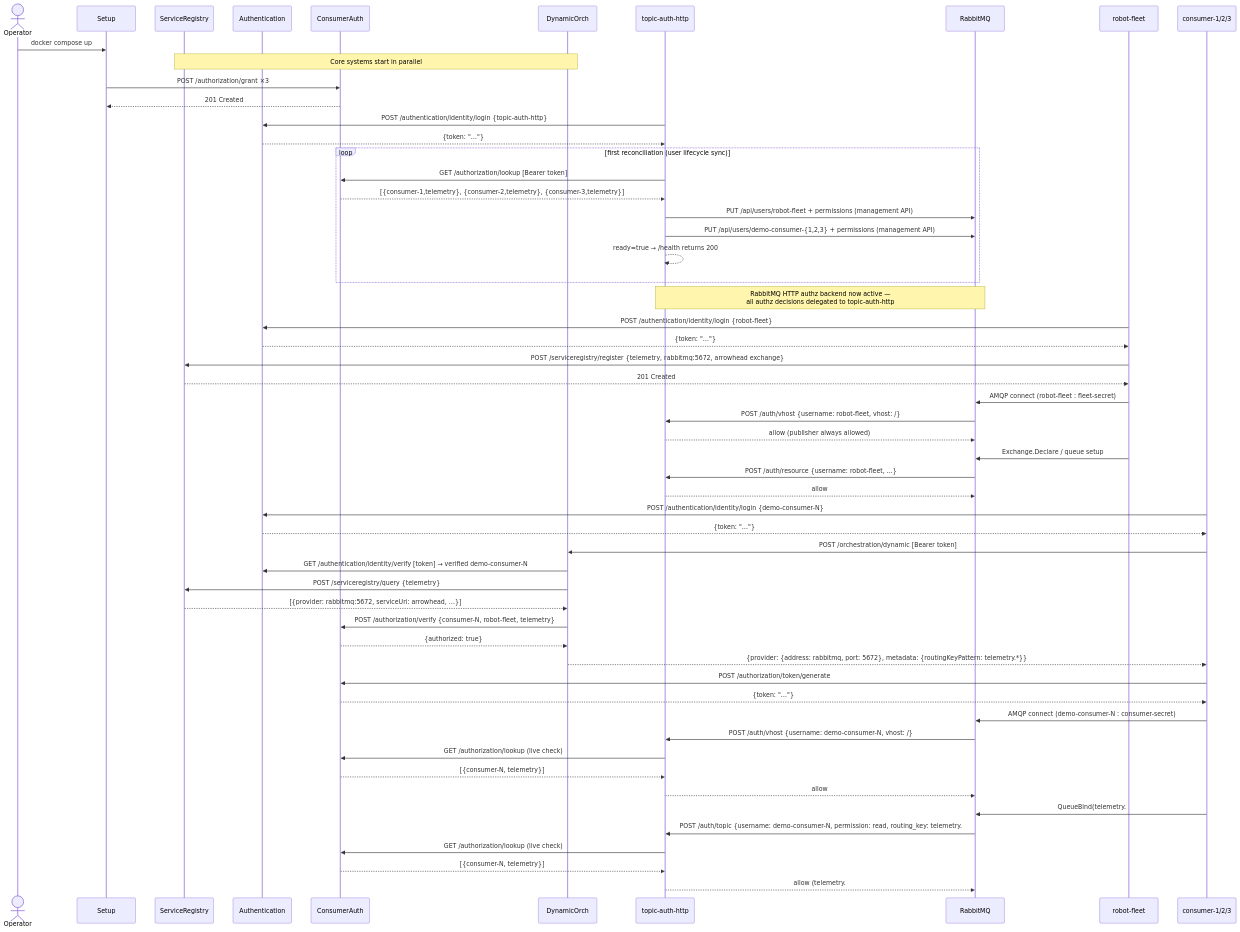
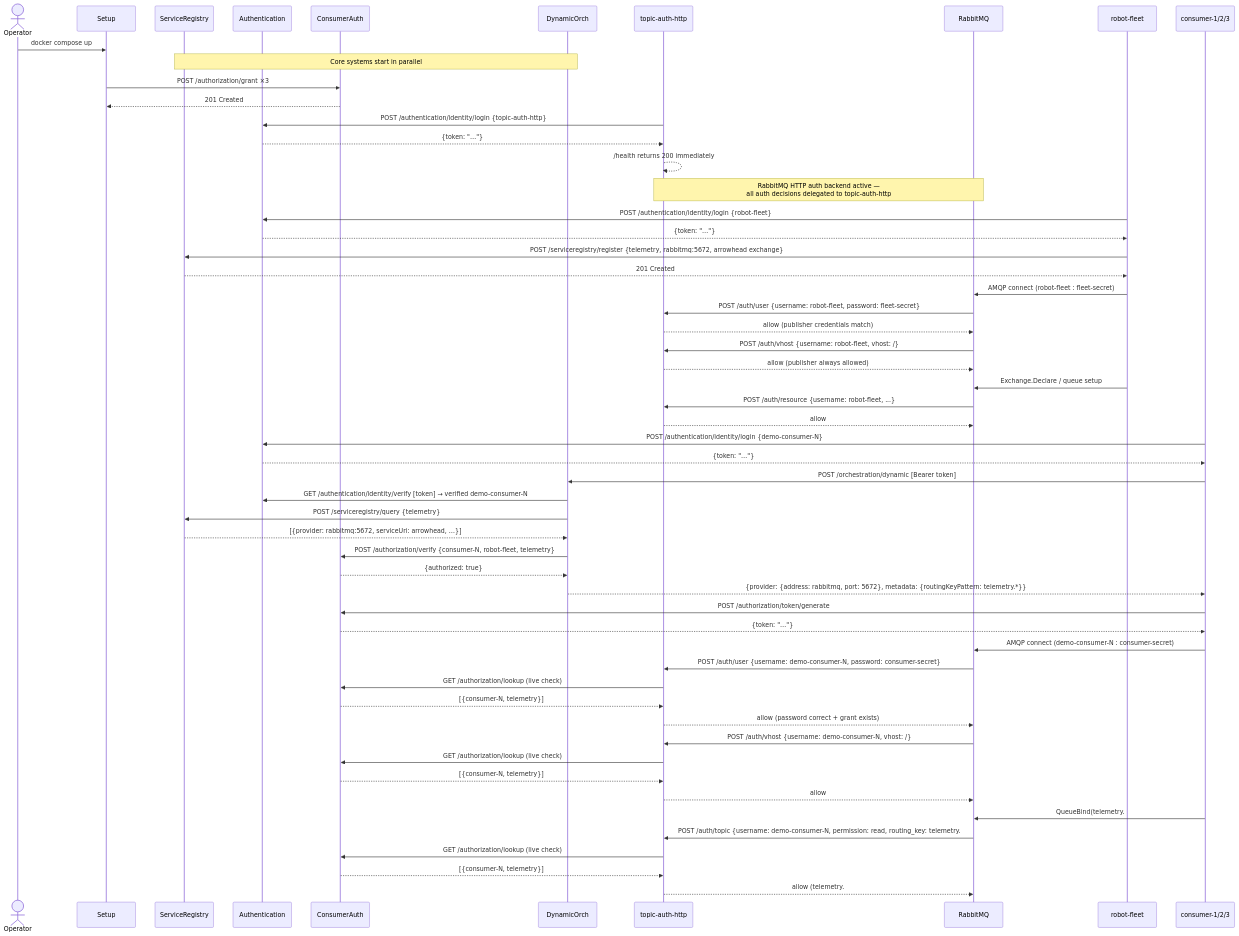
One commit to ulfbod/Arrowhead-experimental-core-systems changed the second of 4 diagrams in experiments/experiment-4/DIAGRAMS.md. Above: the diagram before and after it, drawn with Mermaid. The commit also changed other lines of this file and 1 other file, not shown here.

````diff
--- a/experiments/experiment-4/DIAGRAMS.md
+++ b/experiments/experiment-4/DIAGRAMS.md
@@ -79,66 +80,65 @@
 ```mermaid
 sequenceDiagram
     actor Operator
     participant Setup
     participant SR as ServiceRegistry
     participant Auth as Authentication
     participant CA as ConsumerAuth
     participant DO as DynamicOrch
     participant TAH as topic-auth-http
     participant RMQ as RabbitMQ
     participant RF as robot-fleet
     participant C as consumer-1/2/3
 
     Operator->>Setup: docker compose up
 
     Note over SR,DO: Core systems start in parallel
 
     Setup->>CA: POST /authorization/grant ×3
     CA-->>Setup: 201 Created
 
     TAH->>Auth: POST /authentication/identity/login {topic-auth-http}
     Auth-->>TAH: {token: "…"}
+    TAH-->>TAH: /health returns 200 immediately
 
-    loop first reconciliation (user lifecycle sync)
-        TAH->>CA: GET /authorization/lookup  [Bearer token]
-        CA-->>TAH: [{consumer-1,telemetry}, {consumer-2,telemetry}, {consumer-3,telemetry}]
-        TAH->>RMQ: PUT /api/users/robot-fleet + permissions (management API)
-        TAH->>RMQ: PUT /api/users/demo-consumer-{1,2,3} + permissions (management API)
-        TAH-->>TAH: ready=true → /health returns 200
-    end
-
-    Note over RMQ,TAH: RabbitMQ HTTP authz backend now active —<br/>all authz decisions delegated to topic-auth-http
+    Note over RMQ,TAH: RabbitMQ HTTP auth backend active —<br/>all auth decisions delegated to topic-auth-http
 
     RF->>Auth: POST /authentication/identity/login {robot-fleet}
     Auth-->>RF: {token: "…"}
     RF->>SR: POST /serviceregistry/register {telemetry, rabbitmq:5672, arrowhead exchange}
     SR-->>RF: 201 Created
     RF->>RMQ: AMQP connect (robot-fleet : fleet-secret)
+    RMQ->>TAH: POST /auth/user  {username: robot-fleet, password: fleet-secret}
+    TAH-->>RMQ: allow  (publisher credentials match)
     RMQ->>TAH: POST /auth/vhost  {username: robot-fleet, vhost: /}
     TAH-->>RMQ: allow  (publisher always allowed)
     RF->>RMQ: Exchange.Declare / queue setup
     RMQ->>TAH: POST /auth/resource  {username: robot-fleet, ...}
     TAH-->>RMQ: allow
 
     C->>Auth: POST /authentication/identity/login {demo-consumer-N}
     Auth-->>C: {token: "…"}
     C->>DO: POST /orchestration/dynamic  [Bearer token]
     DO->>Auth: GET /authentication/identity/verify [token] → verified demo-consumer-N
     DO->>SR: POST /serviceregistry/query {telemetry}
     SR-->>DO: [{provider: rabbitmq:5672, serviceUri: arrowhead, …}]
     DO->>CA: POST /authorization/verify {consumer-N, robot-fleet, telemetry}
     CA-->>DO: {authorized: true}
     DO-->>C: {provider: {address: rabbitmq, port: 5672}, metadata: {routingKeyPattern: telemetry.*}}
     C->>CA: POST /authorization/token/generate
     CA-->>C: {token: "…"}
     C->>RMQ: AMQP connect (demo-consumer-N : consumer-secret)
+    RMQ->>TAH: POST /auth/user  {username: demo-consumer-N, password: consumer-secret}
+    TAH->>CA: GET /authorization/lookup  (live check)
+    CA-->>TAH: [{consumer-N, telemetry}]
+    TAH-->>RMQ: allow  (password correct + grant exists)
     RMQ->>TAH: POST /auth/vhost  {username: demo-consumer-N, vhost: /}
     TAH->>CA: GET /authorization/lookup  (live check)
     CA-->>TAH: [{consumer-N, telemetry}]
     TAH-->>RMQ: allow
     C->>RMQ: QueueBind(telemetry.#)
     RMQ->>TAH: POST /auth/topic  {username: demo-consumer-N, permission: read, routing_key: telemetry.#}
     TAH->>CA: GET /authorization/lookup  (live check)
     CA-->>TAH: [{consumer-N, telemetry}]
     TAH-->>RMQ: allow  (telemetry.# matches "telemetry" grant)
 ```
````
